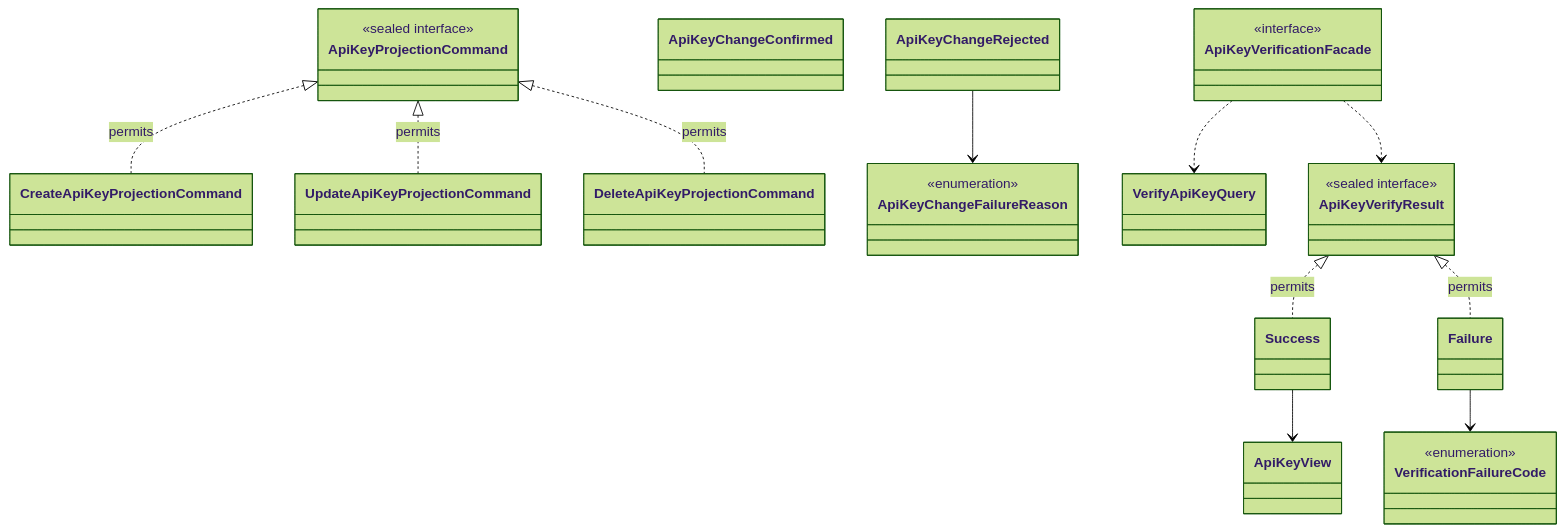
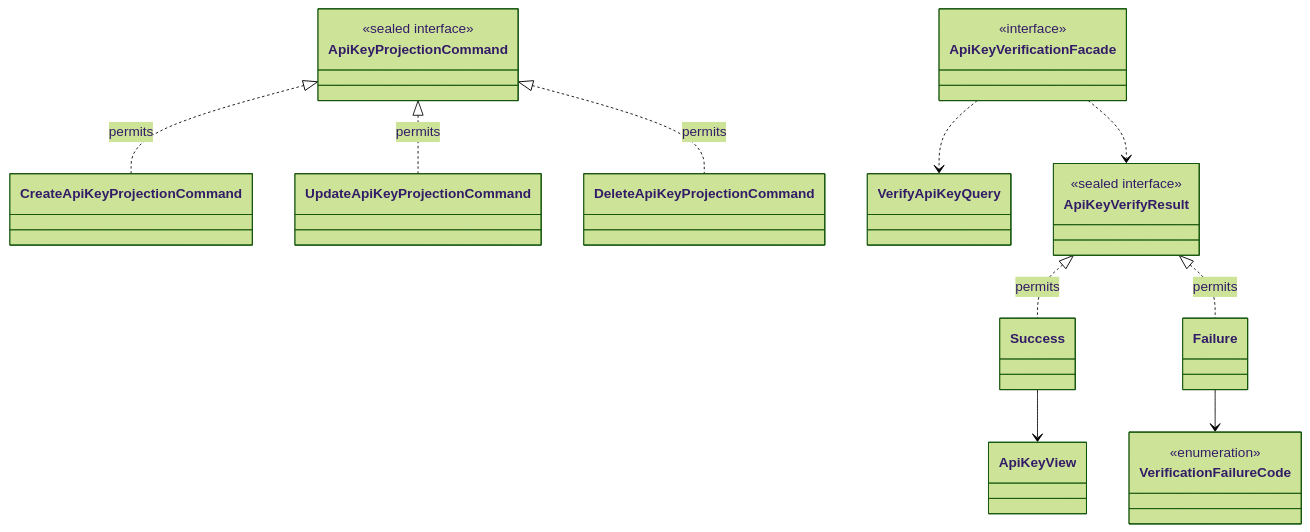
One commit to Dhiren9939/HQ-Tier0 changed diagram 13 of 14 in docs/access-context.md. Above: the diagram before and after it, drawn with Mermaid (forest theme). The commit also changed other lines of this file and 53 other files, not shown here.

````diff
--- a/docs/access-context.md
+++ b/docs/access-context.md
@@ -1261,37 +1068,30 @@
 ```mermaid
 classDiagram
     direction TB
 
     class ApiKeyProjectionCommand { <<sealed interface>> }
     class CreateApiKeyProjectionCommand
     class UpdateApiKeyProjectionCommand
     class DeleteApiKeyProjectionCommand
-
-    class ApiKeyChangeConfirmed
-    class ApiKeyChangeRejected
-    class ApiKeyChangeFailureReason {
-        <<enumeration>>
-    }
 
     class ApiKeyVerificationFacade { <<interface>> }
     class VerifyApiKeyQuery
     class ApiKeyVerifyResult { <<sealed interface>> }
     class Success
     class Failure
     class ApiKeyView
     class VerificationFailureCode {
         <<enumeration>>
     }
 
     ApiKeyProjectionCommand <|.. CreateApiKeyProjectionCommand : permits
     ApiKeyProjectionCommand <|.. UpdateApiKeyProjectionCommand : permits
     ApiKeyProjectionCommand <|.. DeleteApiKeyProjectionCommand : permits
 
-    ApiKeyChangeRejected --> ApiKeyChangeFailureReason
     ApiKeyVerificationFacade ..> VerifyApiKeyQuery
     ApiKeyVerificationFacade ..> ApiKeyVerifyResult
     ApiKeyVerifyResult <|.. Success : permits
     ApiKeyVerifyResult <|.. Failure : permits
     Success --> ApiKeyView
     Failure --> VerificationFailureCode
 ```
````
